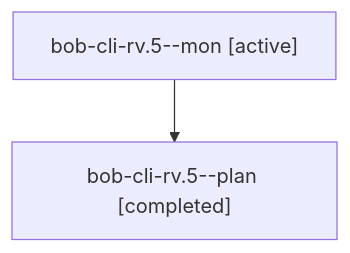
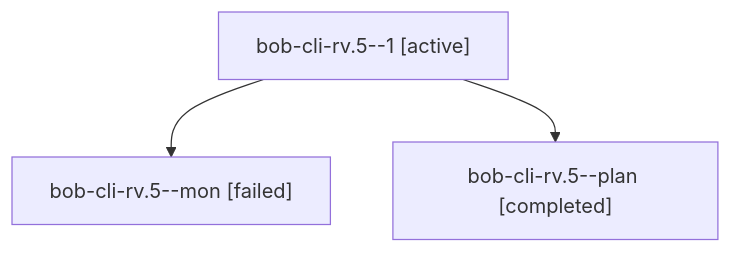
Before and after one commit to bobs-org/bob-cli--agents: the diagram in sessions/bbugyi200.athena.bob-cli-rv.5.md, drawn with Mermaid. The commit also changed other lines of this file and 46 other files, not shown here.

````diff
--- a/sessions/bbugyi200.athena.bob-cli-rv.5.md
+++ b/sessions/bbugyi200.athena.bob-cli-rv.5.md
@@ -9,6 +9,8 @@
 ```mermaid
 flowchart TD
-  n0["bob-cli-rv.5--mon [active]"]
-  n1["bob-cli-rv.5--plan [completed]"]
+  n0["bob-cli-rv.5--1 [active]"]
+  n1["bob-cli-rv.5--mon [failed]"]
   n0 --> n1
+  n2["bob-cli-rv.5--plan [completed]"]
+  n0 --> n2
 ```
````
